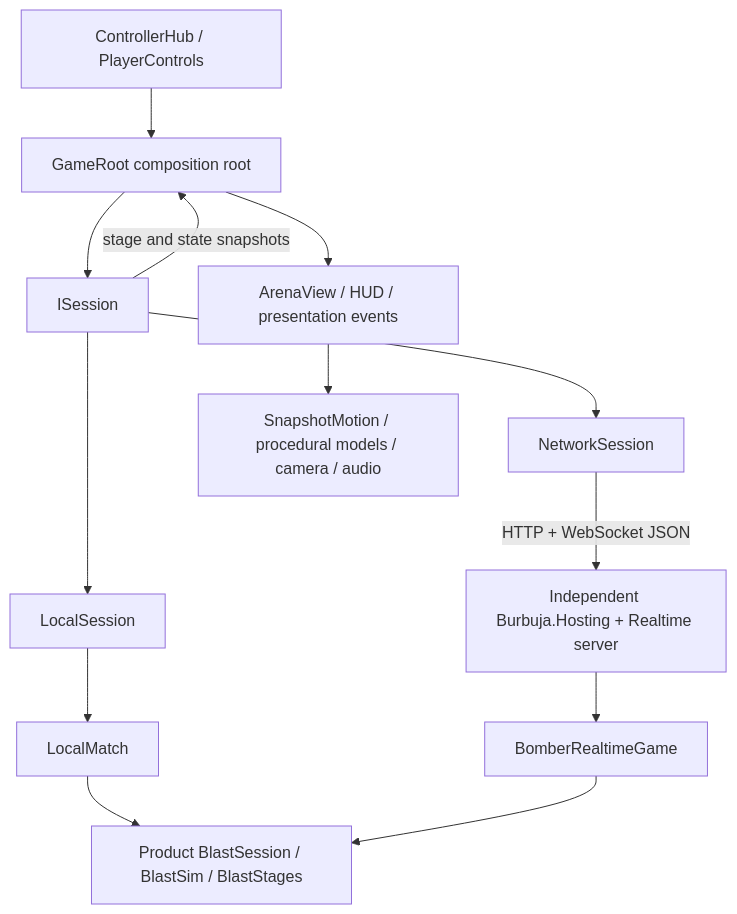
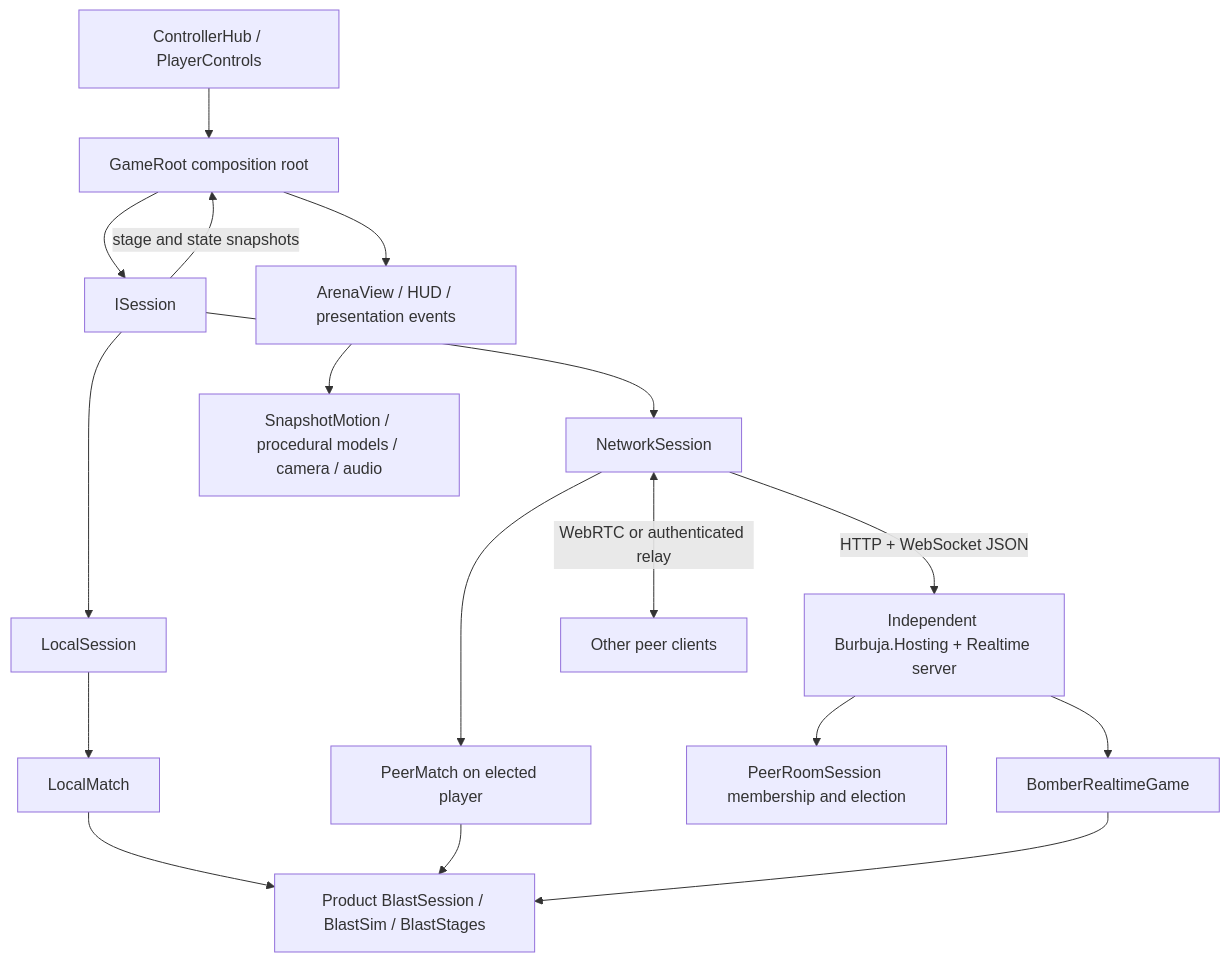
Before and after one commit to MCMike0399/bomberman-64-multiplayer: the diagram in docs/architecture.md, drawn with Mermaid. The commit also changed other lines of this file and 3 other files, not shown here.

````diff
--- a/docs/architecture.md
+++ b/docs/architecture.md
@@ -9,15 +9,19 @@
 ```mermaid
 flowchart TD
     Controls[ControllerHub / PlayerControls] --> Root[GameRoot composition root]
     Root --> Session[ISession]
     Session --> Local[LocalSession]
     Session --> Network[NetworkSession]
     Local --> Facade[LocalMatch]
     Facade --> Rules[Product BlastSession / BlastSim / BlastStages]
     Network -->|HTTP + WebSocket JSON| Kernel[Independent Burbuja.Hosting + Realtime server]
+    Network --> Peer[PeerMatch on elected player]
+    Peer --> Rules
+    Kernel --> Broker[PeerRoomSession membership and election]
+    Network <-->|WebRTC or authenticated relay| OtherPeers[Other peer clients]
     Kernel --> Registration[BomberRealtimeGame]
     Registration --> Rules
     Session -->|stage and state snapshots| Root
     Root --> View[ArenaView / HUD / presentation events]
     View --> Motion[SnapshotMotion / procedural models / camera / audio]
 ```
````
